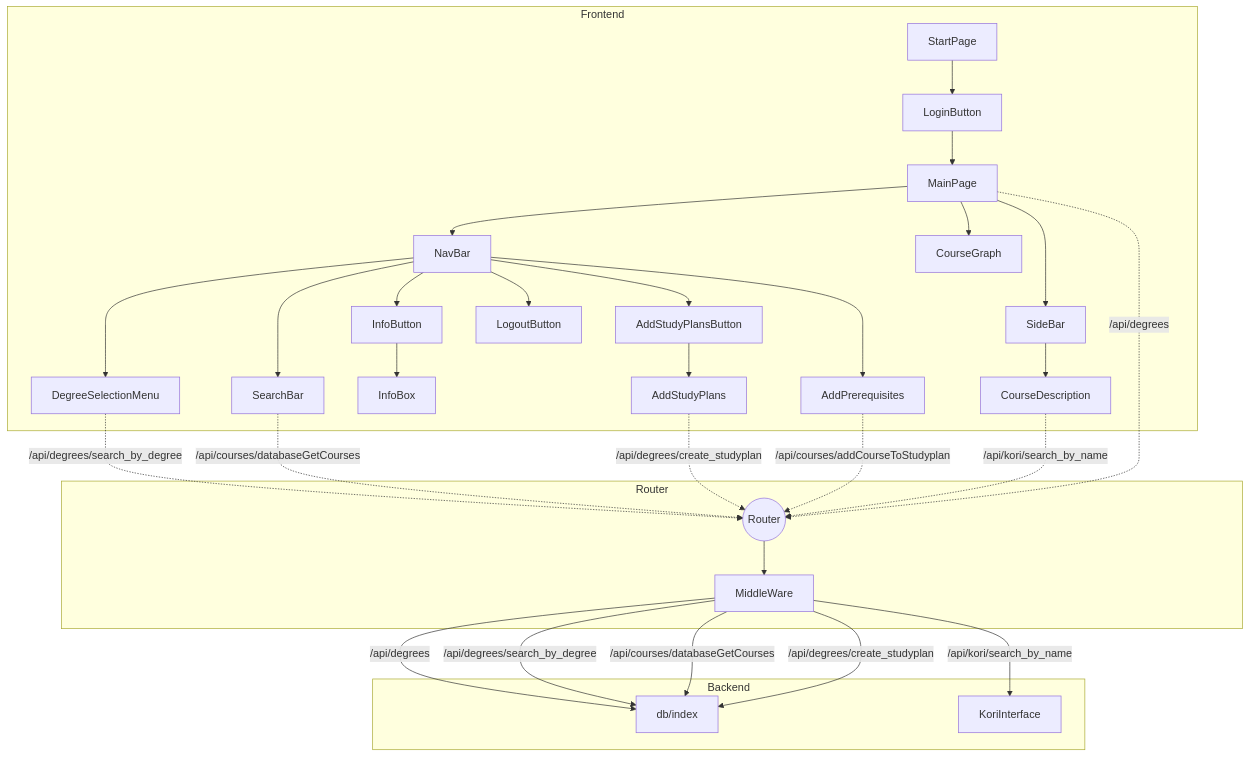
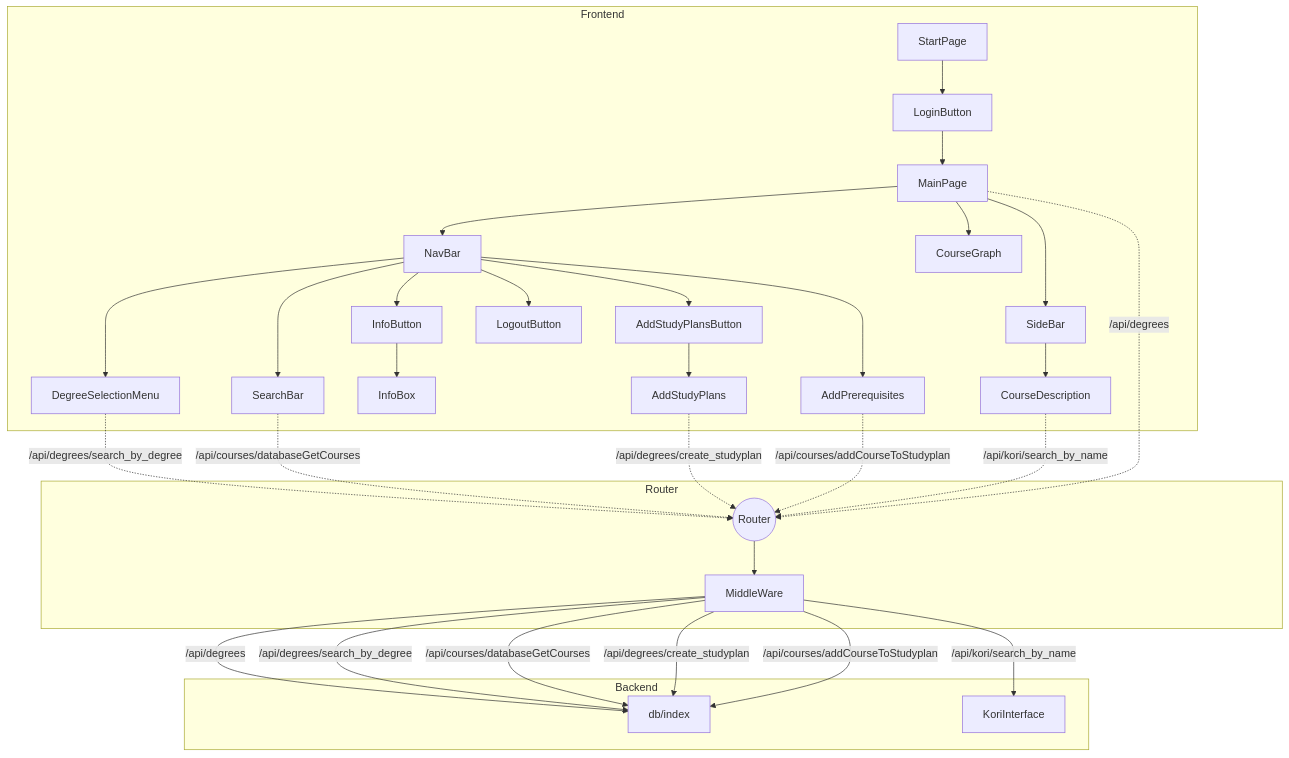
The diagram in documentation/developer/Architecture.md (Kurssiesitieto/kurssiesitieto-ohtuprojekti), drawn with Mermaid before and after one commit.

````diff
--- a/documentation/developer/Architecture.md
+++ b/documentation/developer/Architecture.md
@@ -2,41 +2,42 @@
 ```mermaid
 flowchart TD
     subgraph Frontend
     AA["StartPage"]
     AA --> J["LoginButton"]
     J --> A["MainPage"]
     A --> R[NavBar]
     A --> B["CourseGraph"]
     R --> C["DegreeSelectionMenu"]
     R --> D["SearchBar"]
     R --> E["InfoButton"]
     E --> F["InfoBox"]
     A --> G["SideBar"]
     G --> H["CourseDescription"]
     R --> O["LogoutButton"]
     R --> P["AddStudyPlansButton"]
     R --> S["AddPrerequisites"]
     P --> Q["AddStudyPlans"]
     end
 
     subgraph Router
     I(("Router"))
     A -."/api/degrees".->I
     C -."/api/degrees/search_by_degree".-> I
     D -."/api/courses/databaseGetCourses".-> I
     H -."/api/kori/search_by_name".-> I
     Q -."/api/degrees/create_studyplan".-> I
     S -."/api/courses/addCourseToStudyplan".-> I
     I --> L[MiddleWare]
     end
 
     subgraph Backend
     L --"/api/degrees"--> K
     L --"/api/degrees/search_by_degree"--> K
     L --"/api/courses/databaseGetCourses"--> K
     L --"/api/degrees/create_studyplan" --> K
+    L --"/api/courses/addCourseToStudyplan" --> K
     L --"/api/kori/search_by_name"--> M
     K["db/index"]
     M[KoriInterface]
     end
 ```
````
